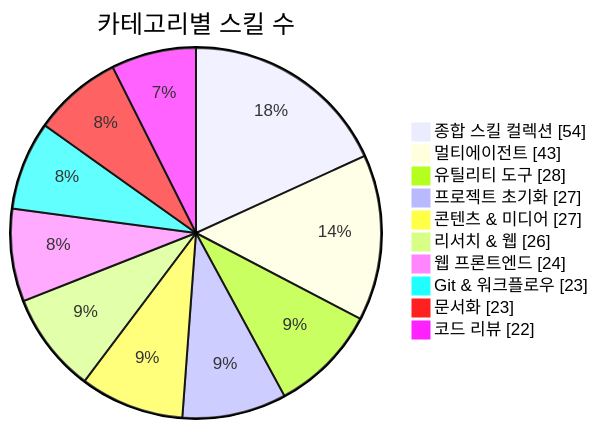
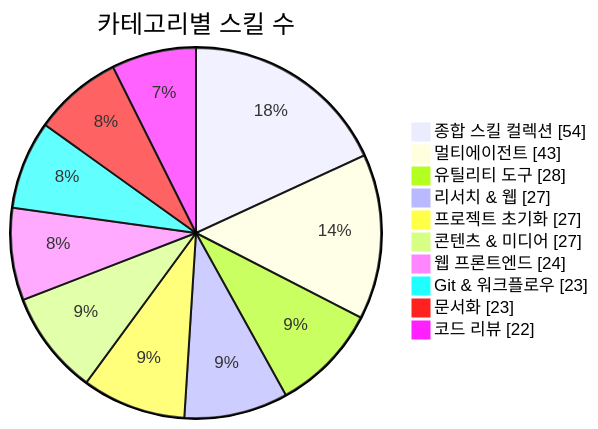
One commit to J-nowcow/awesome-korean-agent-skills changed the first of 3 diagrams in README.md. Above: the diagram before and after it, drawn with Mermaid. The commit also changed other lines of this file and 4 other files, not shown here.

````diff
--- a/README.md
+++ b/README.md
@@ -176,14 +176,14 @@
 ```mermaid
 pie showData
     title 카테고리별 스킬 수
     "종합 스킬 컬렉션" : 54
     "멀티에이전트" : 43
     "유틸리티 도구" : 28
+    "리서치 & 웹" : 27
     "프로젝트 초기화" : 27
     "콘텐츠 & 미디어" : 27
-    "리서치 & 웹" : 26
     "웹 프론트엔드" : 24
     "Git & 워크플로우" : 23
     "문서화" : 23
     "코드 리뷰" : 22
 ```
````
